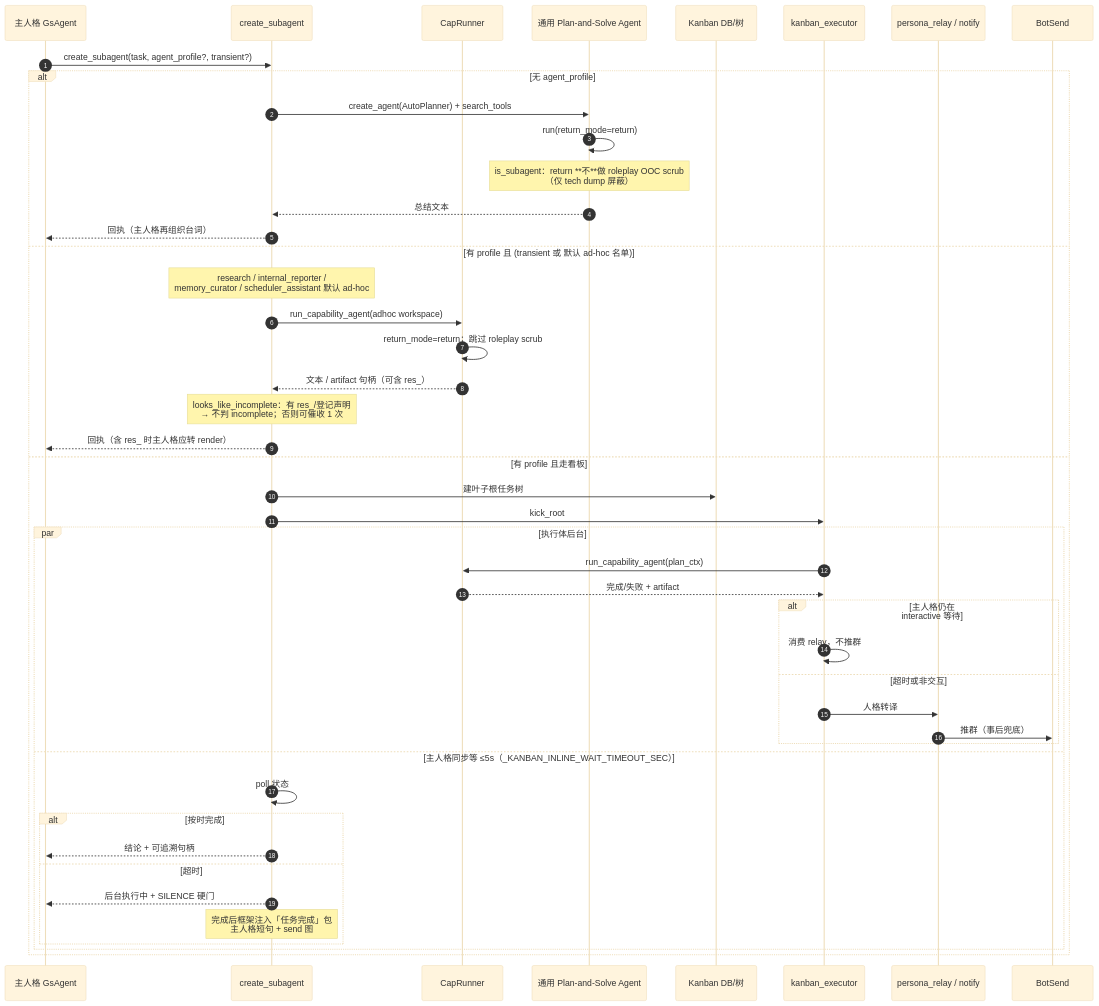
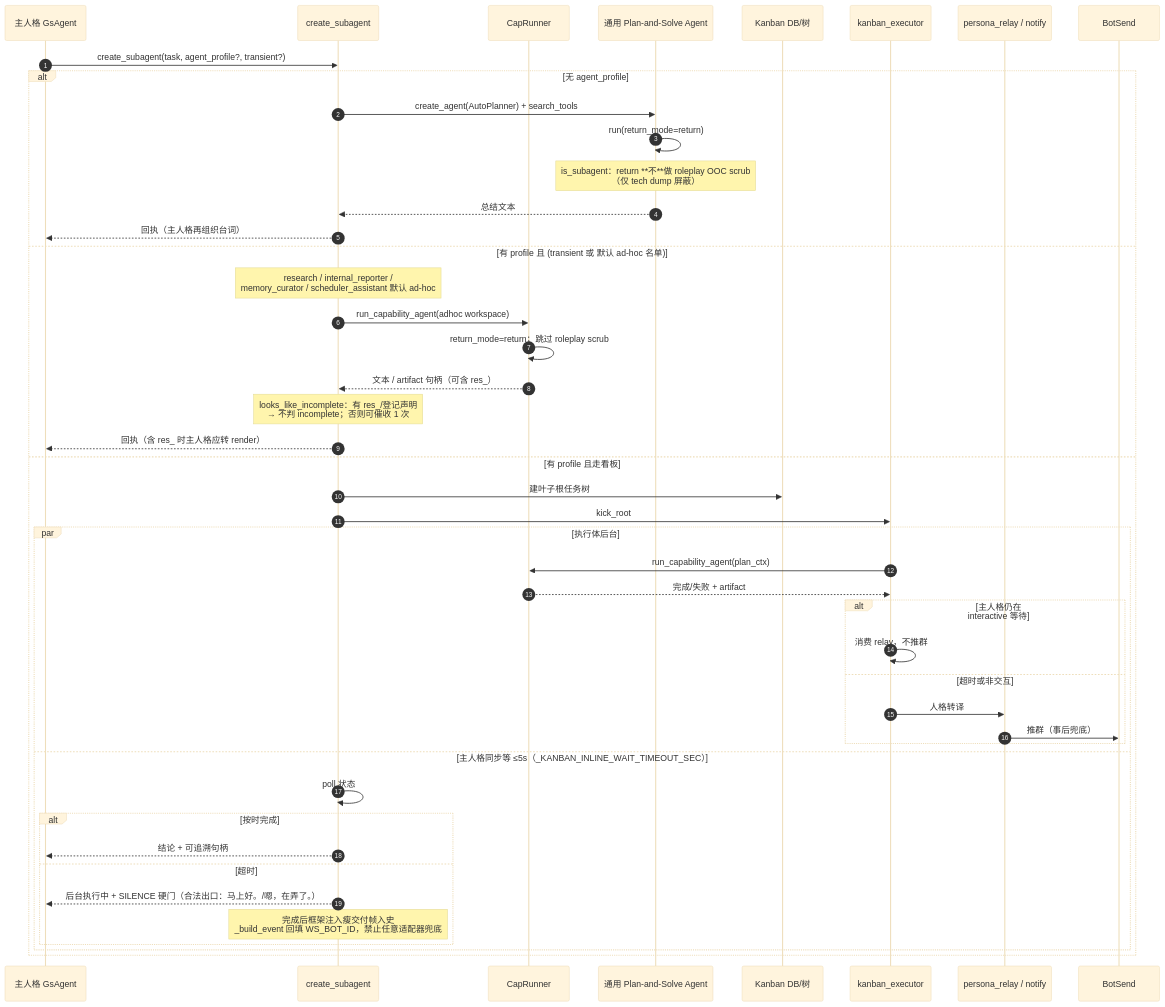
The seventh of 10 diagrams in docs/AI_AGENT_LIFECYCLE_SEQUENCE.md (Genshin-bots/gsuid_core), drawn with Mermaid (base theme) before and after one commit. The commit also changed other lines of this file and 90 other files, not shown here.

````diff
--- a/docs/AI_AGENT_LIFECYCLE_SEQUENCE.md
+++ b/docs/AI_AGENT_LIFECYCLE_SEQUENCE.md
@@ -585,50 +590,50 @@
 ```mermaid
 sequenceDiagram
     autonumber
     participant GsAgent as 主人格 GsAgent
     participant SubTool as create_subagent
     participant Cap as CapRunner
     participant Plan as 通用 Plan-and-Solve Agent
     participant Kanban as Kanban DB/树
     participant Exec as kanban_executor
     participant Relay as persona_relay / notify
     participant BotSend
 
     GsAgent->>SubTool: create_subagent(task, agent_profile?, transient?)
 
     alt 无 agent_profile
         SubTool->>Plan: create_agent(AutoPlanner) + search_tools
         Plan->>Plan: run(return_mode=return)
         Note over Plan: is_subagent：return **不**做 roleplay OOC scrub<br/>（仅 tech dump 屏蔽）
         Plan-->>SubTool: 总结文本
         SubTool-->>GsAgent: 回执（主人格再组织台词）
     else 有 profile 且 (transient 或 默认 ad-hoc 名单)
         Note over SubTool: research / internal_reporter /<br/>memory_curator / scheduler_assistant 默认 ad-hoc
         SubTool->>Cap: run_capability_agent(adhoc workspace)
         Cap->>Cap: return_mode=return；跳过 roleplay scrub
         Cap-->>SubTool: 文本 / artifact 句柄（可含 res_）
         Note over SubTool: looks_like_incomplete：有 res_/登记声明<br/>→ 不判 incomplete；否则可催收 1 次
         SubTool-->>GsAgent: 回执（含 res_ 时主人格应转 render）
     else 有 profile 且走看板
         SubTool->>Kanban: 建叶子根任务树
         SubTool->>Exec: kick_root
         par 执行体后台
             Exec->>Cap: run_capability_agent(plan_ctx)
             Cap-->>Exec: 完成/失败 + artifact
             alt 主人格仍在 interactive 等待
                 Exec->>Exec: 消费 relay，不推群
             else 超时或非交互
                 Exec->>Relay: 人格转译
                 Relay->>BotSend: 推群（事后兜底）
             end
         and 主人格同步等 ≤5s（_KANBAN_INLINE_WAIT_TIMEOUT_SEC）
             SubTool->>SubTool: poll 状态
             alt 按时完成
                 SubTool-->>GsAgent: 结论 + 可追溯句柄
             else 超时
-                SubTool-->>GsAgent: 后台执行中 + SILENCE 硬门
-                Note over SubTool: 完成后框架注入「任务完成」包<br/>主人格短句 + send 图
+                SubTool-->>GsAgent: 后台执行中 + SILENCE 硬门（合法出口：马上好。/嗯，在弄了。）
+                Note over SubTool: 完成后框架注入瘦交付帧入史<br/>_build_event 回填 WS_BOT_ID，禁止任意适配器兜底
             end
         end
     end
 ```
````
